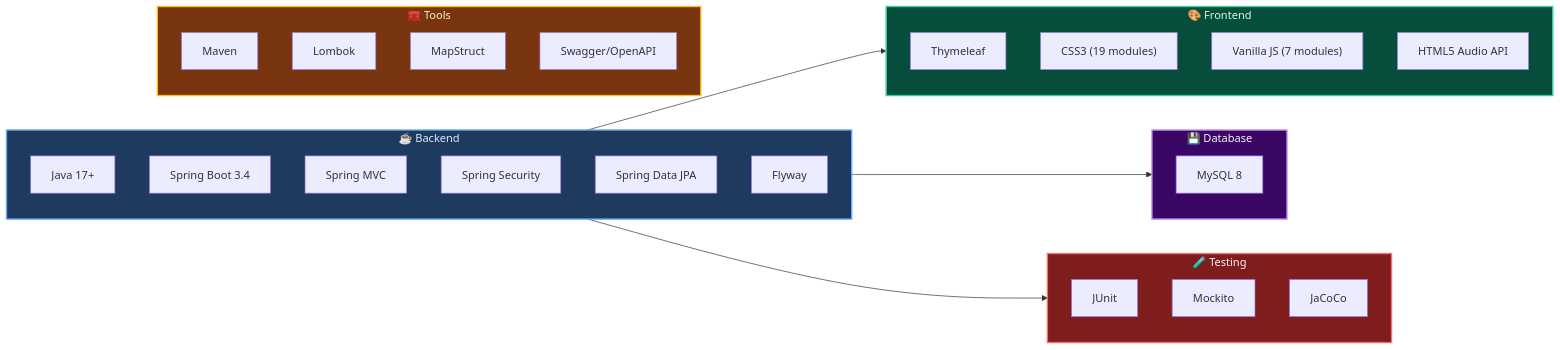
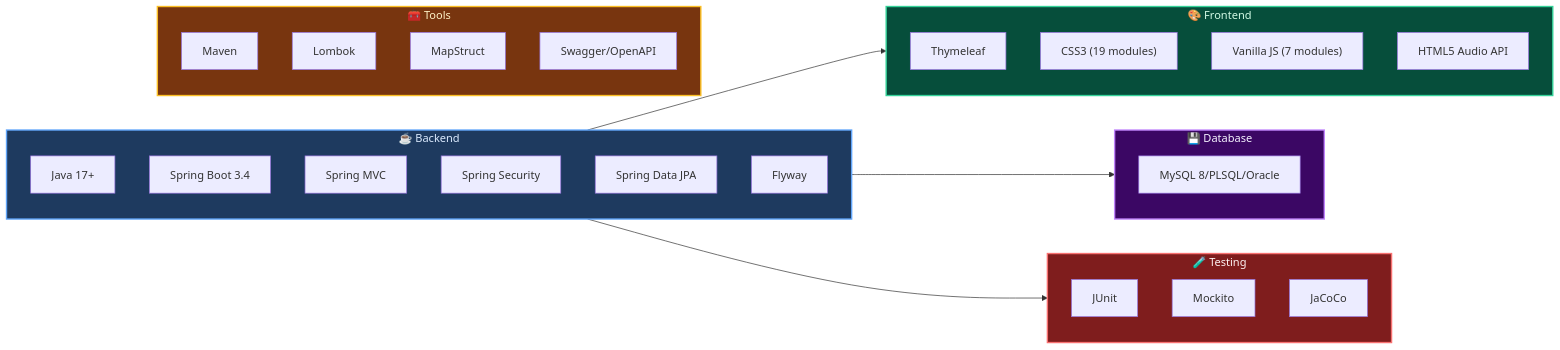
Before and after one commit to FlynnRyder29/RevPlay_Web_App: the diagram in README.md, drawn with Mermaid. The commit also changed other lines of this file and 1 other file, not shown here.

````diff
--- a/README.md
+++ b/README.md
@@ -109,45 +109,45 @@
 ```mermaid
 graph LR
     subgraph Backend["☕ Backend"]
         JAVA["Java 17+"]
         SB["Spring Boot 3.4"]
         SM["Spring MVC"]
         SS["Spring Security"]
         JPA["Spring Data JPA"]
         FW["Flyway"]
     end
 
     subgraph Frontend["🎨 Frontend"]
         TH["Thymeleaf"]
         CSS["CSS3 (19 modules)"]
         JS["Vanilla JS (7 modules)"]
         H5["HTML5 Audio API"]
     end
 
     subgraph DB["💾 Database"]
-        MY["MySQL 8"]
+        MY["MySQL 8/PLSQL/Oracle"]
     end
 
     subgraph Test["🧪 Testing"]
         JU["JUnit"]
         MO["Mockito"]
         JC["JaCoCo"]
     end
 
     subgraph Tools["🧰 Tools"]
         MV["Maven"]
         LO["Lombok"]
         MS["MapStruct"]
         SW["Swagger/OpenAPI"]
     end
 
     Backend --> Frontend
     Backend --> DB
     Backend --> Test
 
     style Backend fill:#1e3a5f,stroke:#60a5fa,color:#dbeafe,stroke-width:2px
     style Frontend fill:#064e3b,stroke:#34d399,color:#d1fae5,stroke-width:2px
     style DB fill:#3b0764,stroke:#c084fc,color:#f5f3ff,stroke-width:2px
     style Test fill:#7f1d1d,stroke:#f87171,color:#fef2f2,stroke-width:2px
     style Tools fill:#78350f,stroke:#fbbf24,color:#fef3c7,stroke-width:2px
 ```
````
